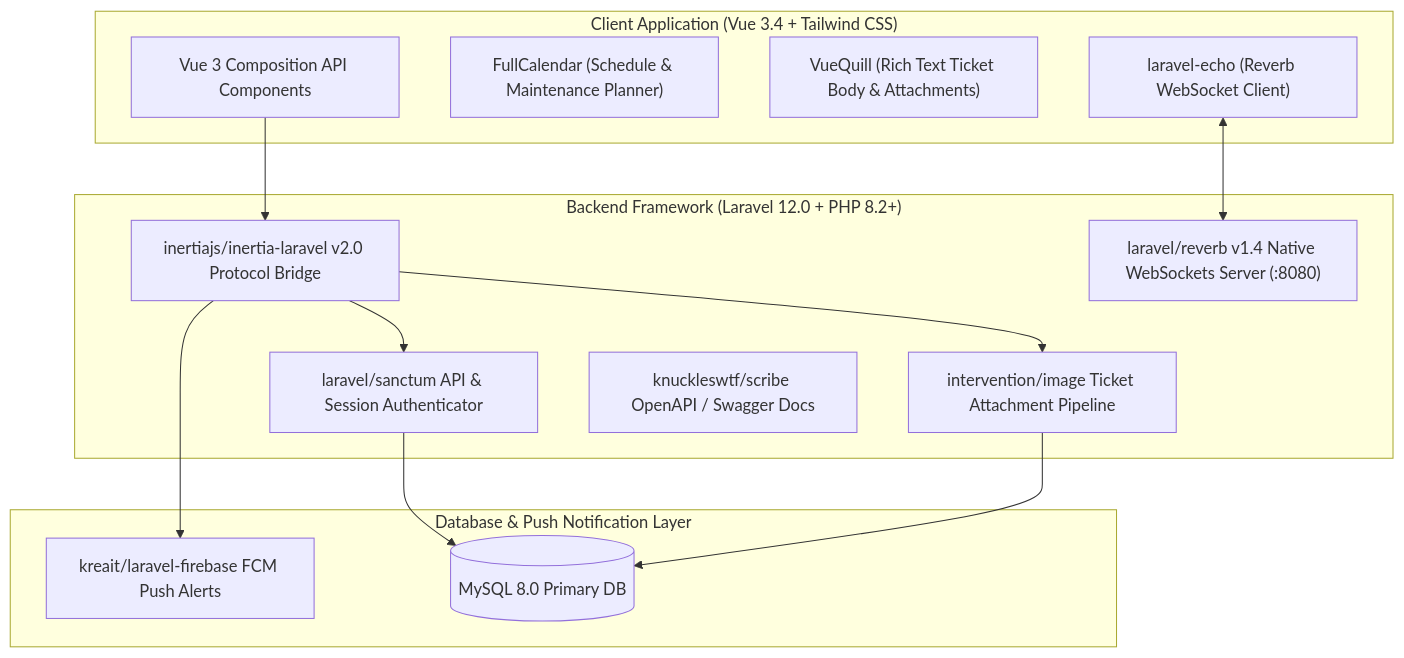
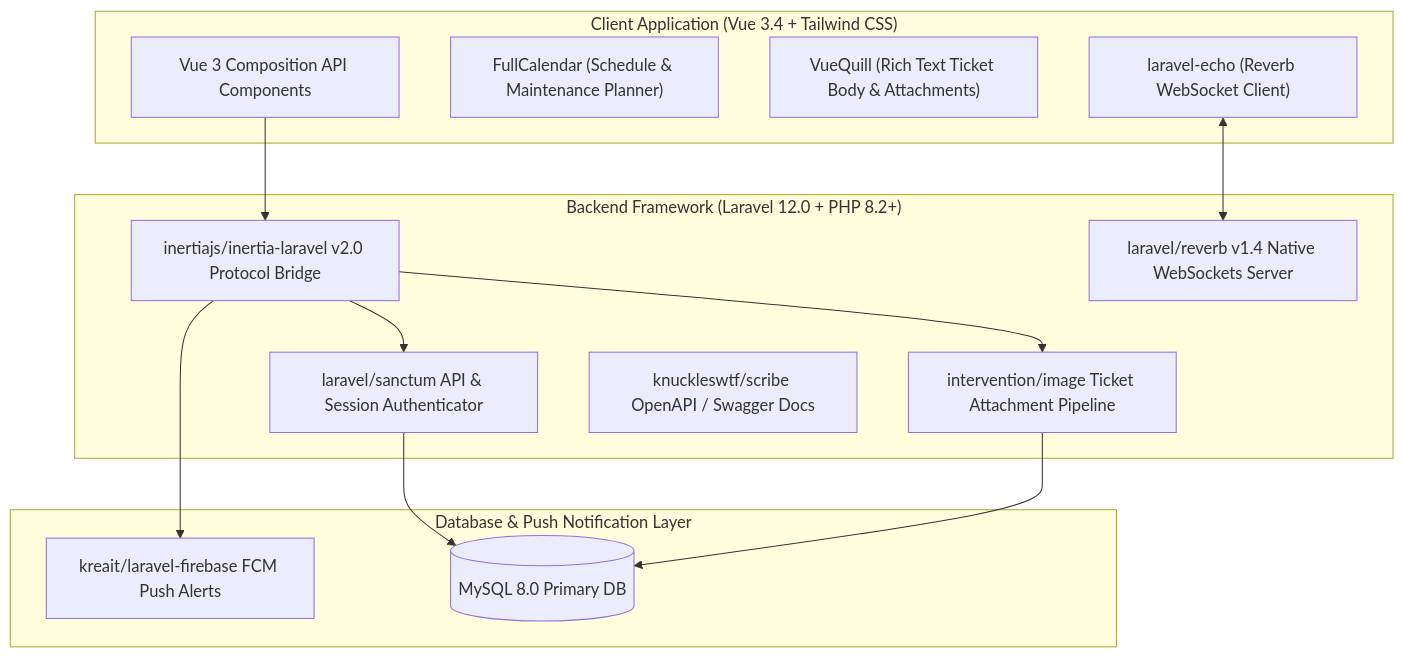
The diagram in experience/pt-lapantiga-solusi-algoritma/overview-projects/eri-helpdesk/ARCHITECTURE.md (MHendriF/my-resume), drawn with Mermaid before and after one commit. The commit also changed other lines of this file and 27 other files, not shown here.

Commit message:
security: sanitize and harden ARCHITECTURE.md files against reconnaissance and footprinting

````diff
--- a/experience/pt-lapantiga-solusi-algoritma/overview-projects/eri-helpdesk/ARCHITECTURE.md
+++ b/experience/pt-lapantiga-solusi-algoritma/overview-projects/eri-helpdesk/ARCHITECTURE.md
@@ -19,28 +19,28 @@
 ```mermaid
 flowchart TD
     subgraph InertiaClient ["Client Application (Vue 3.4 + Tailwind CSS)"]
         VueComp["Vue 3 Composition API Components"]
         CalendarView["FullCalendar (Schedule & Maintenance Planner)"]
         Quill["VueQuill (Rich Text Ticket Body & Attachments)"]
         EchoListener["laravel-echo (Reverb WebSocket Client)"]
     end
 
     subgraph LaravelCore ["Backend Framework (Laravel 12.0 + PHP 8.2+)"]
         InertiaAdapter["inertiajs/inertia-laravel v2.0 Protocol Bridge"]
-        ReverbDaemon["laravel/reverb v1.4 Native WebSockets Server (:8080)"]
+        ReverbDaemon["laravel/reverb v1.4 Native WebSockets Server"]
         SanctumAuth["laravel/sanctum API & Session Authenticator"]
         ImageOptimizer["intervention/image Ticket Attachment Pipeline"]
         DocGenerator["knuckleswtf/scribe OpenAPI / Swagger Docs"]
     end
 
     subgraph ExternalAndData ["Database & Push Notification Layer"]
         FirebaseAlerts["kreait/laravel-firebase FCM Push Alerts"]
         MySQL_DB[(MySQL 8.0 Primary DB)]
     end
 
     VueComp --> InertiaAdapter
     EchoListener <--> ReverbDaemon
     InertiaAdapter --> SanctumAuth --> MySQL_DB
     InertiaAdapter --> ImageOptimizer --> MySQL_DB
     InertiaAdapter --> FirebaseAlerts
 ```
````
